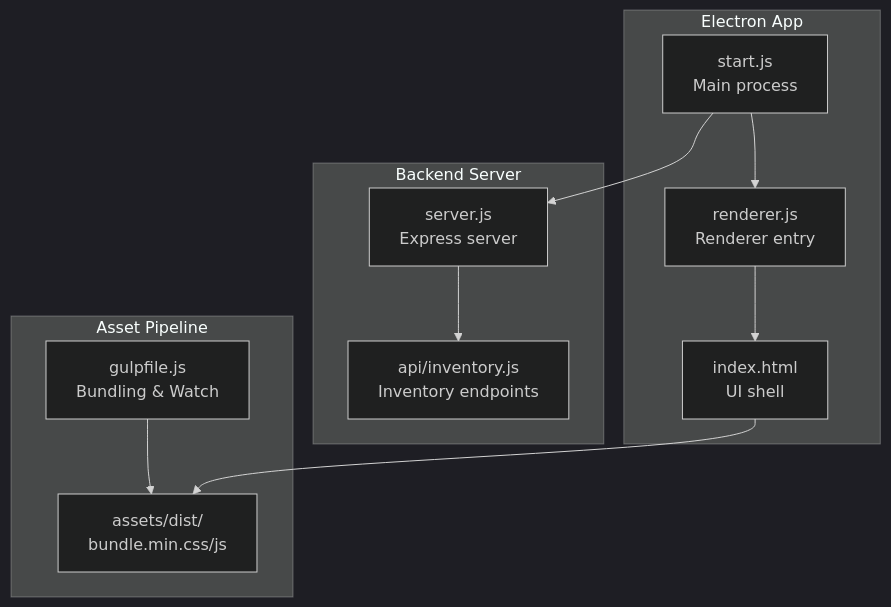
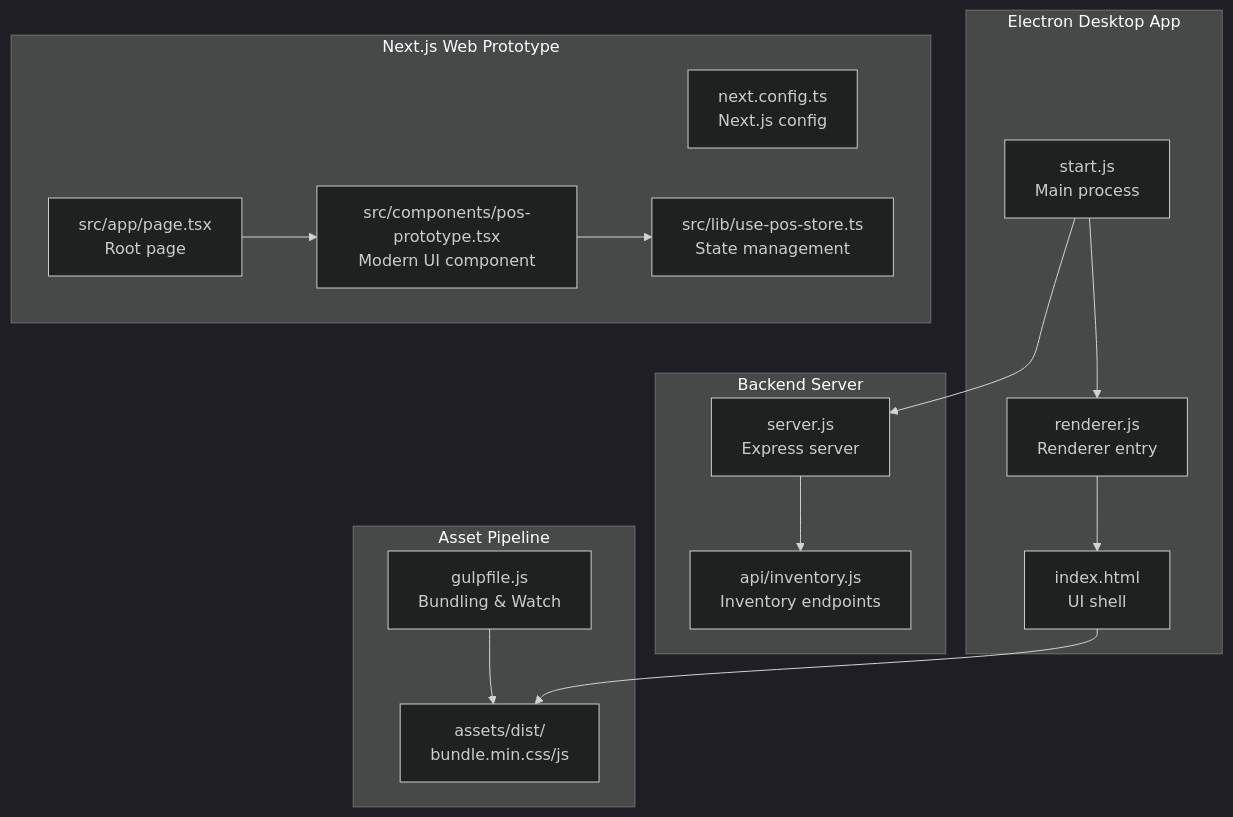
Before and after one commit to yosefdc7/PharmaPOS: the first of 9 diagrams in .qoder/repowiki/en/content/Development Guide/Development Guide.md, drawn with Mermaid (dark theme). The commit also changed other lines of this file and 28 other files, not shown here.

````diff
--- a/.qoder/repowiki/en/content/Development Guide/Development Guide.md
+++ b/.qoder/repowiki/en/content/Development Guide/Development Guide.md
@@ -43,22 +67,30 @@
 ```mermaid
 graph TB
-subgraph "Electron App"
+subgraph "Electron Desktop App"
 MAIN["start.js<br/>Main process"]
 RENDERER["renderer.js<br/>Renderer entry"]
 INDEX["index.html<br/>UI shell"]
+end
+subgraph "Next.js Web Prototype"
+NEXT["next.config.ts<br/>Next.js config"]
+PAGE["src/app/page.tsx<br/>Root page"]
+COMPONENT["src/components/pos-prototype.tsx<br/>Modern UI component"]
+STORE["src/lib/use-pos-store.ts<br/>State management"]
 end
 subgraph "Backend Server"
 SERVER["server.js<br/>Express server"]
 INVAPI["api/inventory.js<br/>Inventory endpoints"]
 end
 subgraph "Asset Pipeline"
 GULP["gulpfile.js<br/>Bundling & Watch"]
 DIST["assets/dist/<br/>bundle.min.css/js"]
 end
 MAIN --> RENDERER
 MAIN --> SERVER
 RENDERER --> INDEX
 SERVER --> INVAPI
 GULP --> DIST
 INDEX --> DIST
+PAGE --> COMPONENT
+COMPONENT --> STORE
 ```
````
